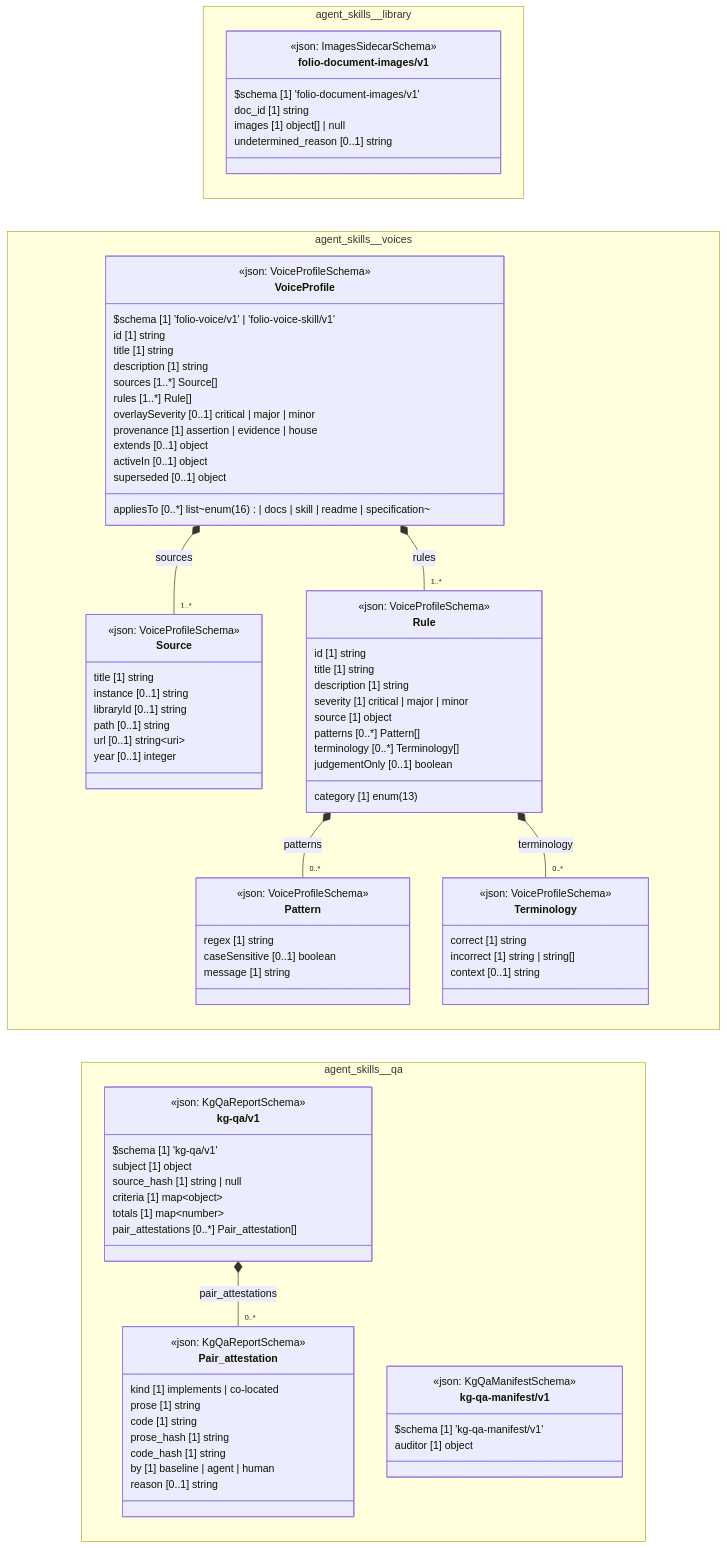
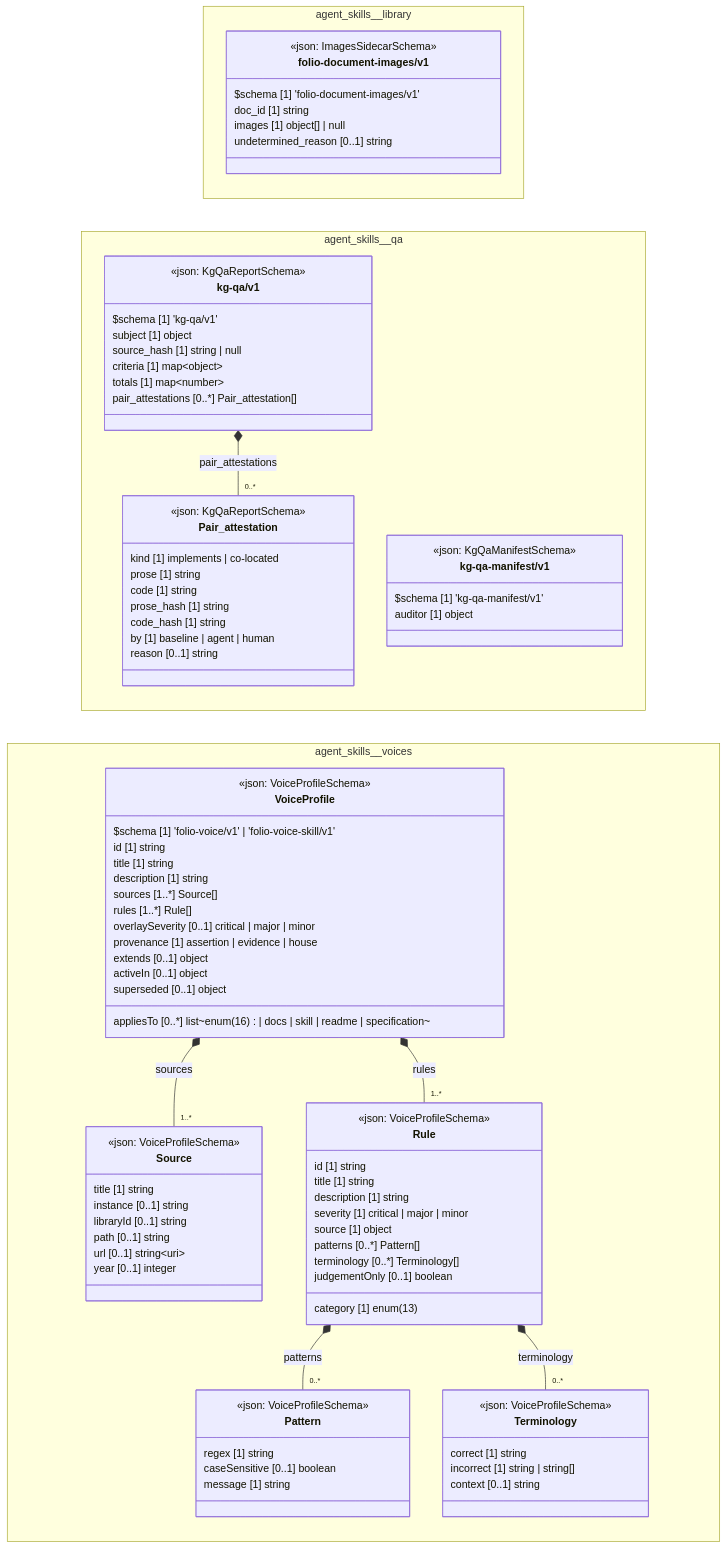
One commit to litlfred/folio-assistant changed the diagram in cat-harness/docs/uml/overview/agent-skills.md. Above: the diagram before and after it, drawn with Mermaid. The commit also changed other lines of this file and 76 other files, not shown here.

````diff
--- a/cat-harness/docs/uml/overview/agent-skills.md
+++ b/cat-harness/docs/uml/overview/agent-skills.md
@@ -53,6 +53,32 @@
       doc_id [1] string
       images [1] object[] | null
       undetermined_reason [0..1] string
+    }
+  }
+  namespace agent_skills__qa {
+    class agent_skills_qa_kg_qa_v1_Pair_attestation["Pair_attestation"] {
+      <<json: KgQaReportSchema>>
+      kind [1] implements | co-located
+      prose [1] string
+      code [1] string
+      prose_hash [1] string
+      code_hash [1] string
+      by [1] baseline | agent | human
+      reason [0..1] string
+    }
+    class agent_skills_qa_kg_qa_v1_kg_qa_v1["kg-qa/v1"] {
+      <<json: KgQaReportSchema>>
+      $schema [1] 'kg-qa/v1'
+      subject [1] object
+      source_hash [1] string | null
+      criteria [1] map~object~
+      totals [1] map~number~
+      pair_attestations [0..*] Pair_attestation[]
+    }
+    class agent_skills_qa_kg_qa_manifest_v1_kg_qa_manifest_v1["kg-qa-manifest/v1"] {
+      <<json: KgQaManifestSchema>>
+      $schema [1] 'kg-qa-manifest/v1'
+      auditor [1] object
     }
   }
   namespace agent_skills__voices {
@@ -105,33 +131,11 @@
       superseded [0..1] object
     }
   }
-  namespace agent_skills__qa {
-    class agent_skills_qa_kg_qa_v1_Pair_attestation["Pair_attestation"] {
-      <<json: KgQaReportSchema>>
-      kind [1] implements | co-located
-      prose [1] string
-      code [1] string
-      prose_hash [1] string
-      code_hash [1] string
-      by [1] baseline | agent | human
-      reason [0..1] string
-    }
-    class agent_skills_qa_kg_qa_v1_kg_qa_v1["kg-qa/v1"] {
-      <<json: KgQaReportSchema>>
-      $schema [1] 'kg-qa/v1'
-      subject [1] object
-      source_hash [1] string | null
-      criteria [1] map~object~
-      totals [1] map~number~
-      pair_attestations [0..*] Pair_attestation[]
-    }
-    class agent_skills_qa_kg_qa_manifest_v1_kg_qa_manifest_v1["kg-qa-manifest/v1"] {
-      <<json: KgQaManifestSchema>>
-      $schema [1] 'kg-qa-manifest/v1'
-      auditor [1] object
-    }
-  }
   cssClass "agent_skills_library_folio_document_images_v1_folio_document_images_v1" fa_uml_kind_library
+  agent_skills_qa_kg_qa_v1_kg_qa_v1 *-- "0..*" agent_skills_qa_kg_qa_v1_Pair_attestation : pair_attestations
+  cssClass "agent_skills_qa_kg_qa_v1_Pair_attestation" fa_uml_kind_qa
+  cssClass "agent_skills_qa_kg_qa_v1_kg_qa_v1" fa_uml_kind_qa
+  cssClass "agent_skills_qa_kg_qa_manifest_v1_kg_qa_manifest_v1" fa_uml_kind_qa
   agent_skills_voices_VoiceProfile *-- "1..*" agent_skills_voices_Source : sources
   agent_skills_voices_Rule *-- "0..*" agent_skills_voices_Pattern : patterns
   agent_skills_voices_Rule *-- "0..*" agent_skills_voices_Terminology : terminology
@@ -141,8 +145,4 @@
   cssClass "agent_skills_voices_Terminology" fa_uml_kind_voices
   cssClass "agent_skills_voices_Rule" fa_uml_kind_voices
   cssClass "agent_skills_voices_VoiceProfile" fa_uml_kind_voices
-  agent_skills_qa_kg_qa_v1_kg_qa_v1 *-- "0..*" agent_skills_qa_kg_qa_v1_Pair_attestation : pair_attestations
-  cssClass "agent_skills_qa_kg_qa_v1_Pair_attestation" fa_uml_kind_qa
-  cssClass "agent_skills_qa_kg_qa_v1_kg_qa_v1" fa_uml_kind_qa
-  cssClass "agent_skills_qa_kg_qa_manifest_v1_kg_qa_manifest_v1" fa_uml_kind_qa
 ```
````
